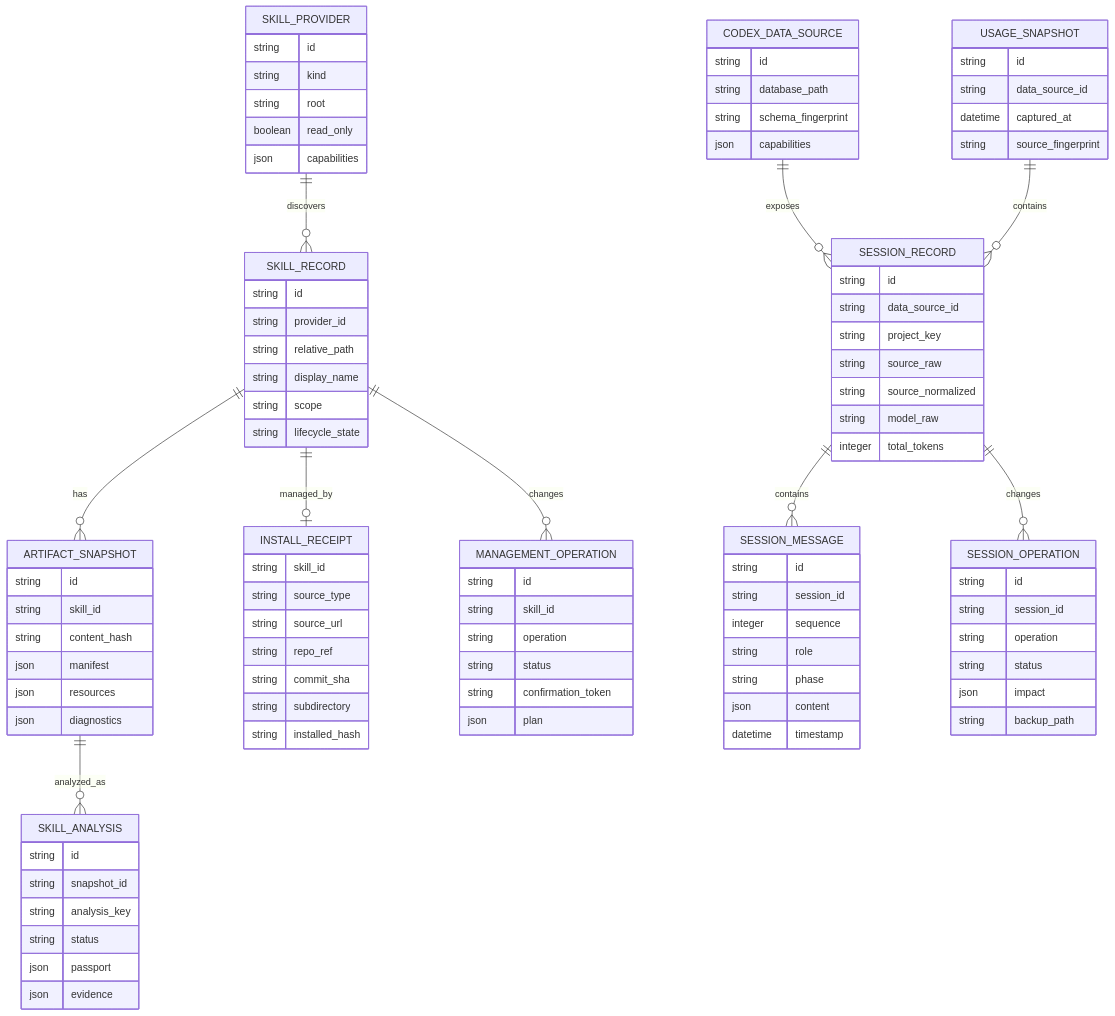
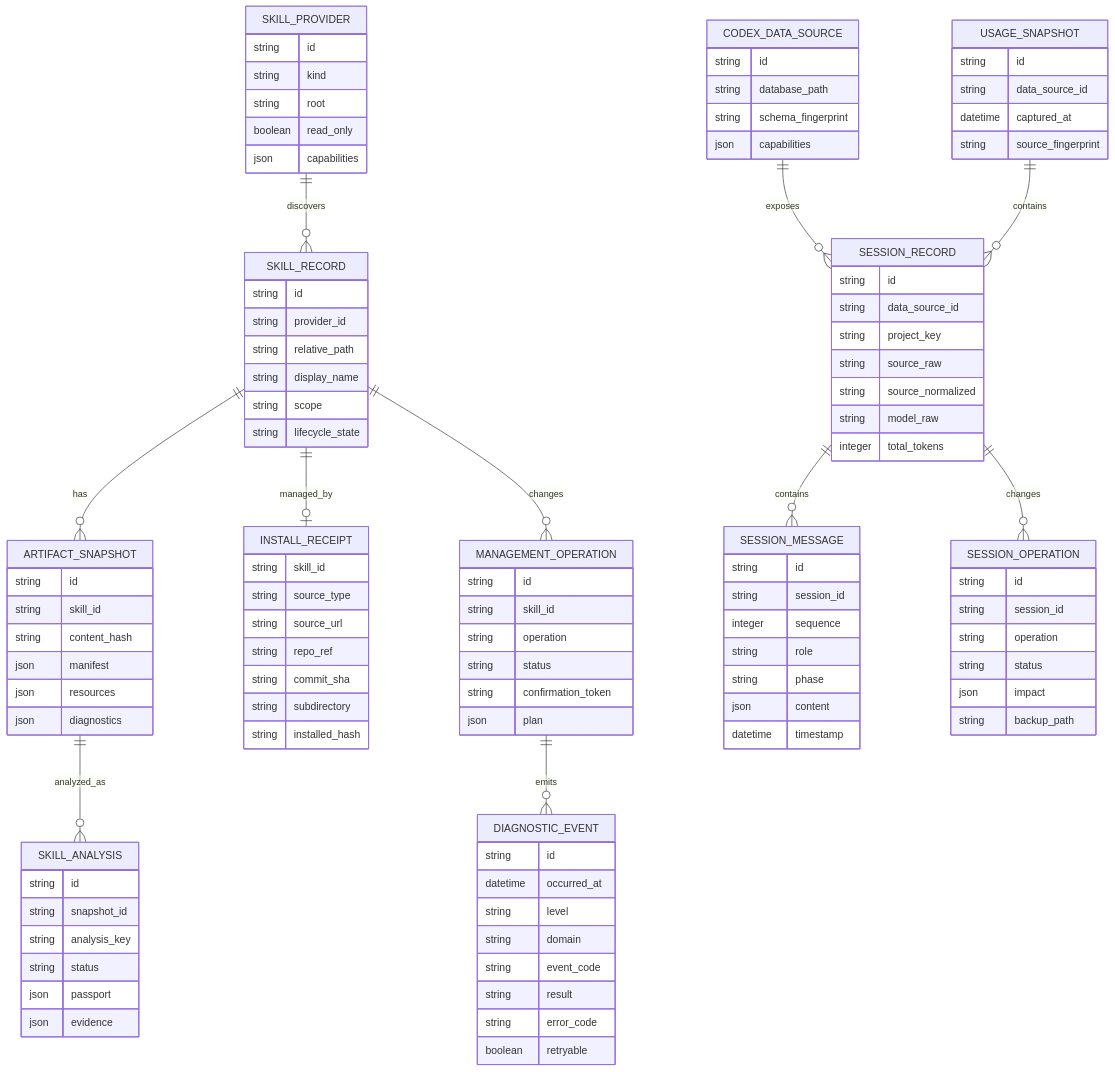
Before and after one commit to MLYR/Codex-O: the first of 2 diagrams in doc/产品蓝图与领域模型.md, drawn with Mermaid. The commit also changed other lines of this file and 15 other files, not shown here.

```diff
--- a/doc/产品蓝图与领域模型.md
+++ b/doc/产品蓝图与领域模型.md
@@ -178,6 +181,7 @@
     ARTIFACT_SNAPSHOT ||--o{ SKILL_ANALYSIS : analyzed_as
     SKILL_RECORD ||--o| INSTALL_RECEIPT : managed_by
     SKILL_RECORD ||--o{ MANAGEMENT_OPERATION : changes
+    MANAGEMENT_OPERATION ||--o{ DIAGNOSTIC_EVENT : emits
 
     CODEX_DATA_SOURCE ||--o{ SESSION_RECORD : exposes
     SESSION_RECORD ||--o{ SESSION_MESSAGE : contains
@@ -238,6 +242,17 @@
       json plan
     }
 
+    DIAGNOSTIC_EVENT {
+      string id
+      datetime occurred_at
+      string level
+      string domain
+      string event_code
+      string result
+      string error_code
+      boolean retryable
+    }
+
     CODEX_DATA_SOURCE {
       string id
       string database_path
```
